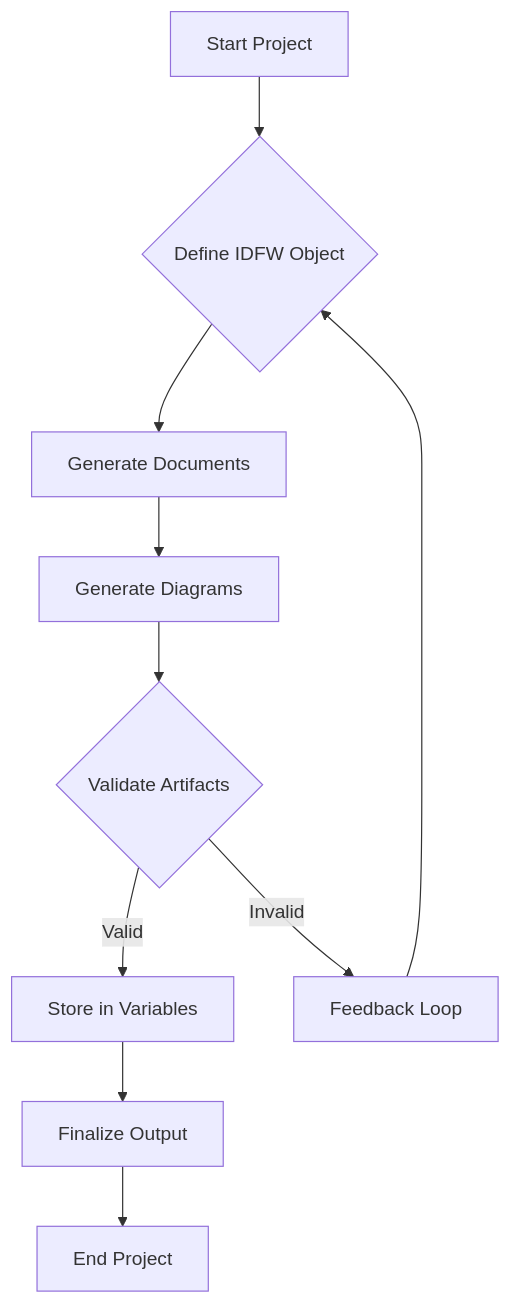
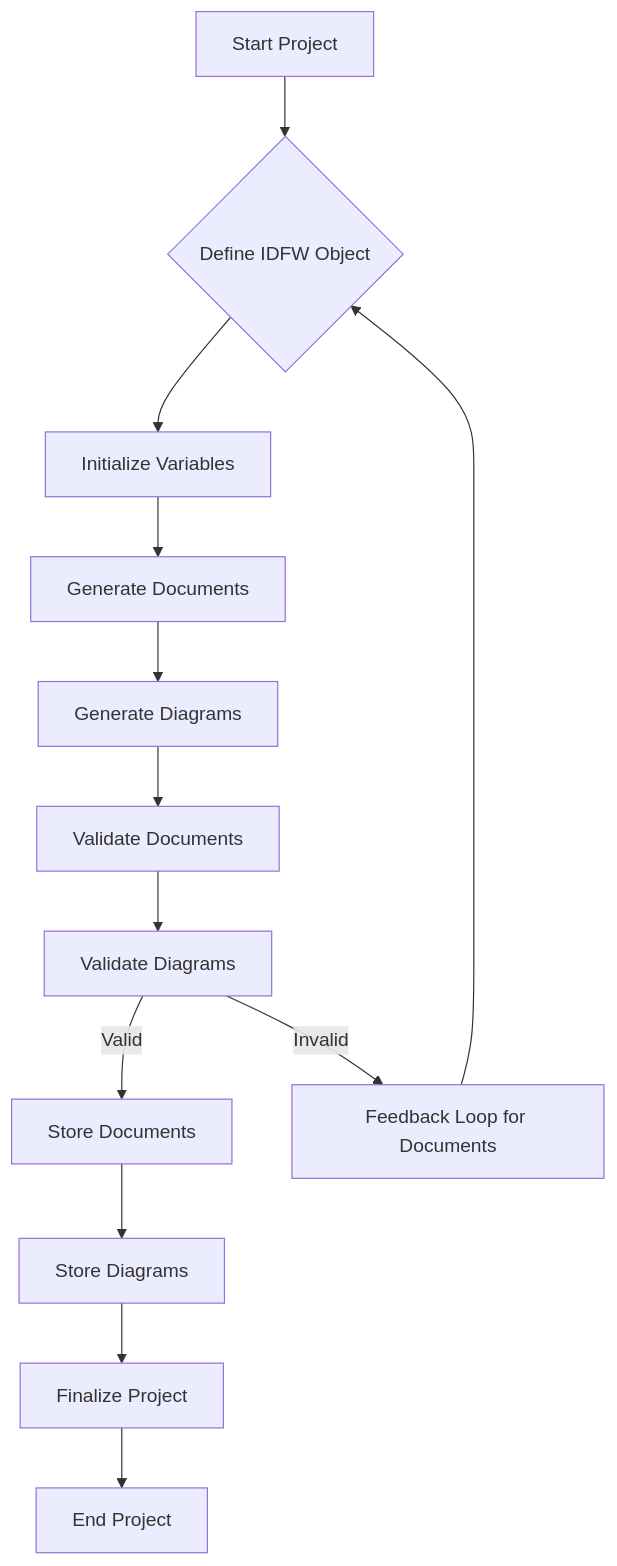
The first of 4 diagrams in README.md (peguesj/idfw), drawn with Mermaid before and after one commit. The commit also changed other lines of this file and 1 other file, not shown here.

````diff
--- a/README.md
+++ b/README.md
@@ -83,12 +86,15 @@
 ```mermaid
 flowchart TD
     A[Start Project] --> B{Define IDFW Object}
-    B --> C[Generate Documents]
-    C --> D[Generate Diagrams]
-    D --> E{Validate Artifacts}
-    E --> |Valid| F[Store in Variables]
-    E --> |Invalid| G[Feedback Loop]
-    G --> B
-    F --> H[Finalize Output]
-    H --> I[End Project]
+    B --> C[Initialize Variables]
+    C --> D[Generate Documents]
+    D --> E[Generate Diagrams]
+    E --> F[Validate Documents]
+    F --> G[Validate Diagrams]
+    G -->|Valid| H[Store Documents]
+    G -->|Invalid| I[Feedback Loop for Documents]
+    H --> J[Store Diagrams]
+    I --> B
+    J --> K[Finalize Project]
+    K --> L[End Project]
 ```
````
